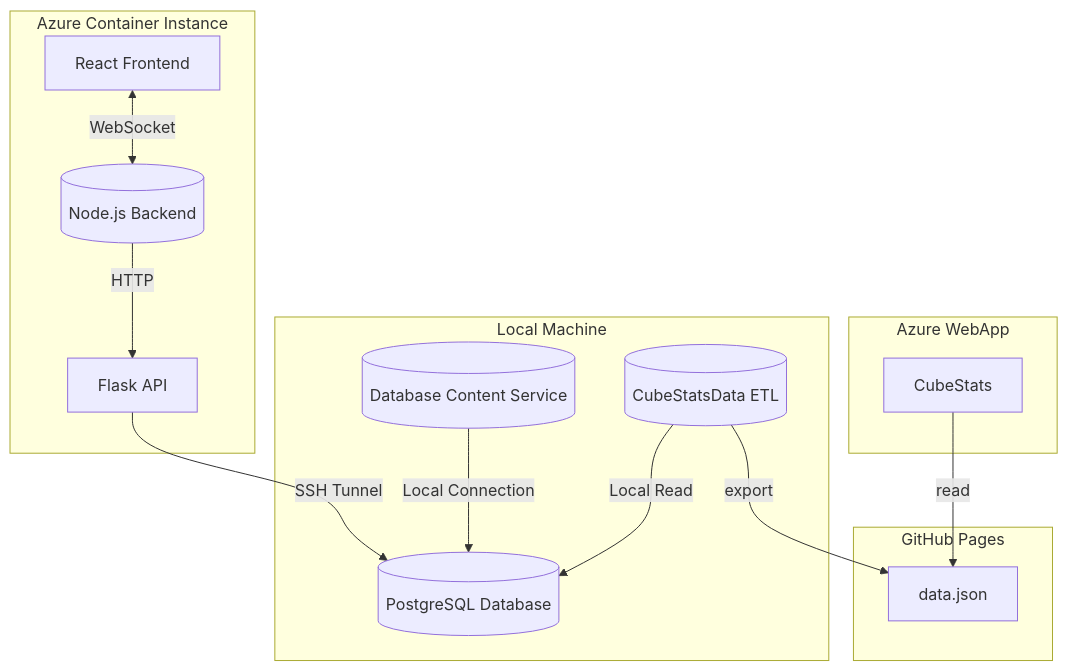
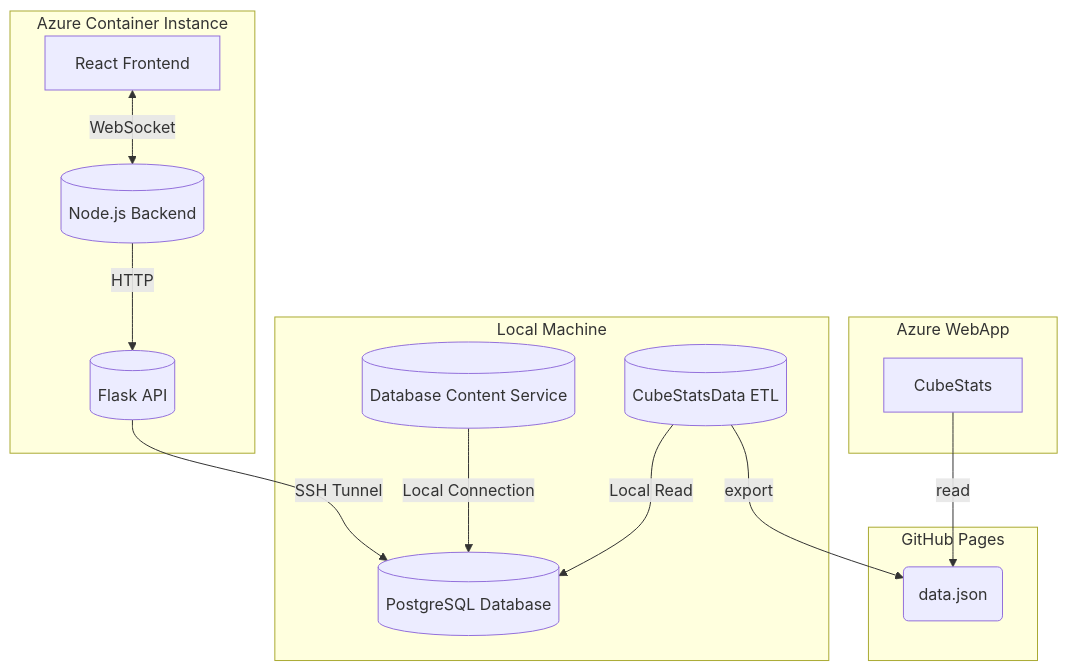
One commit to EeroAnt/CubeDraftSimulator changed the diagram in Documentation/TechnicalOverview.md. Above: the diagram before and after it, drawn with Mermaid.

Commit message:
reviewing mermaid graph

````diff
--- a/Documentation/TechnicalOverview.md
+++ b/Documentation/TechnicalOverview.md
@@ -5,32 +5,32 @@
 ```mermaid
 graph TD
 
     subgraph GitHub Pages
-        DraftData[data.json]
+        DraftData(data.json)
     end
 
     subgraph Azure WebApp
         CubeStats[CubeStats]
         CubeStats -- read --> DraftData
     end
 
     subgraph Local Machine
         DB[(PostgreSQL Database)]
         DCS[(Database Content Service)]
         CubeStatsData[(CubeStatsData ETL)]
         DCS -- Local Connection --> DB
         CubeStatsData -- Local Read --> DB
         CubeStatsData -- export --> DraftData
     end
 
     subgraph Azure Container Instance
         React[React Frontend]
         Node[(Node.js Backend)]
-        FlaskAPI[Flask API]
+        FlaskAPI[(Flask API)]
         
         React <-- WebSocket --> Node
         Node -- HTTP --> FlaskAPI
         FlaskAPI -- SSH Tunnel --> DB
     end
 
  ```
````
